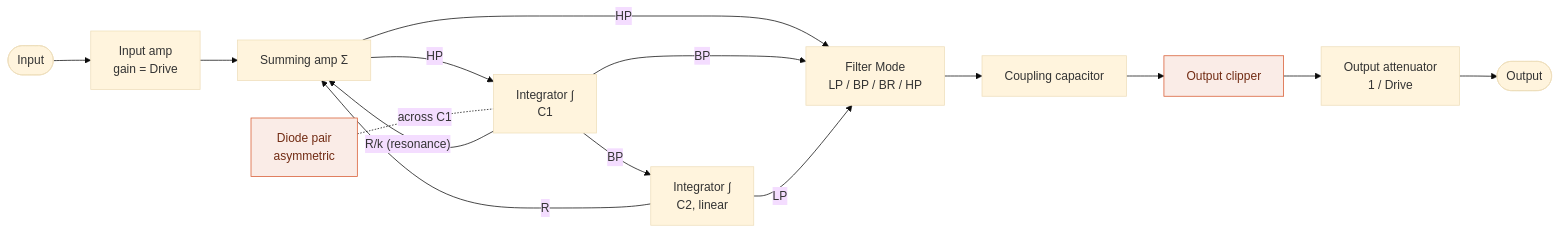
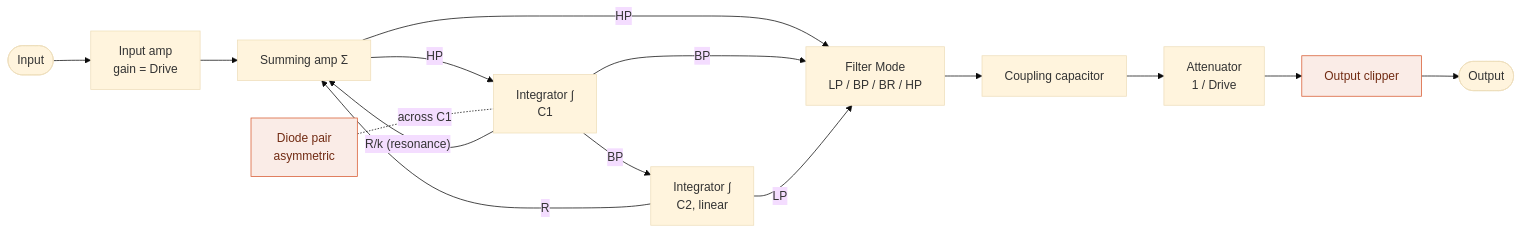
One commit to risgk/digital-synth-pra32-u2 changed the third of 9 diagrams in PRA32-U2-Block-Diagrams.md. Above: the diagram before and after it, drawn with Mermaid (base theme). The commit also changed other lines of this file and 3 other files, not shown here.

Commit message:
Filter Drive: taken back off ahead of the output clip

````diff
--- a/PRA32-U2-Block-Diagrams.md
+++ b/PRA32-U2-Block-Diagrams.md
@@ -106,19 +106,19 @@
 ```mermaid
 flowchart LR
     IN([Input]) --> IA["Input amp<br/>gain = Drive"]
     IA --> A1["Summing amp Σ"]
     A1 -->|HP| A2["Integrator ∫<br/>C1"]
     D["Diode pair<br/>asymmetric"] -.-|across C1| A2
     A2 -->|BP| A3["Integrator ∫<br/>C2, linear"]
     A1 -->|HP| MS["Filter Mode<br/>LP / BP / BR / HP"]
     A2 -->|BP| MS
     A3 -->|LP| MS
     MS --> CC["Coupling capacitor"]
-    CC --> LIM["Output clipper"]
-    LIM --> OA["Output attenuator<br/>1 / Drive"]
-    OA --> OUT([Output])
+    CC --> OA["Attenuator<br/>1 / Drive"]
+    OA --> LIM["Output clipper"]
+    LIM --> OUT([Output])
     A2 -->|"R/k (resonance)"| A1
     A3 -->|R| A1
     classDef nl fill:#FAECE7,stroke:#D85A30,color:#712B13
     class D,LIM nl
 ```
````
